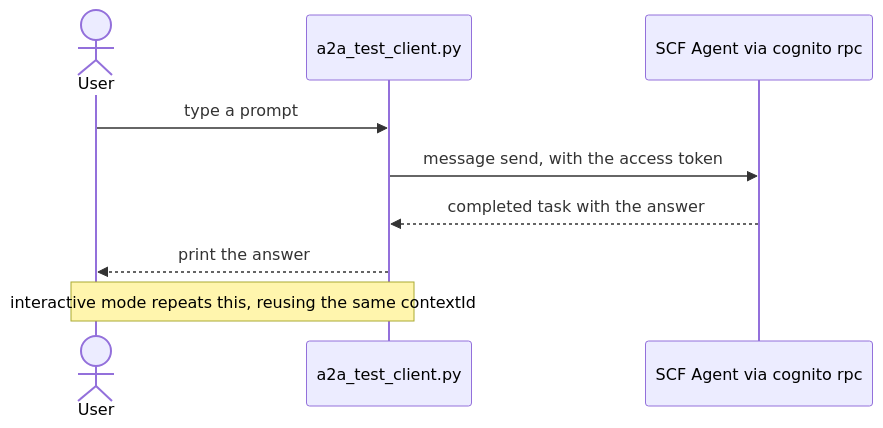
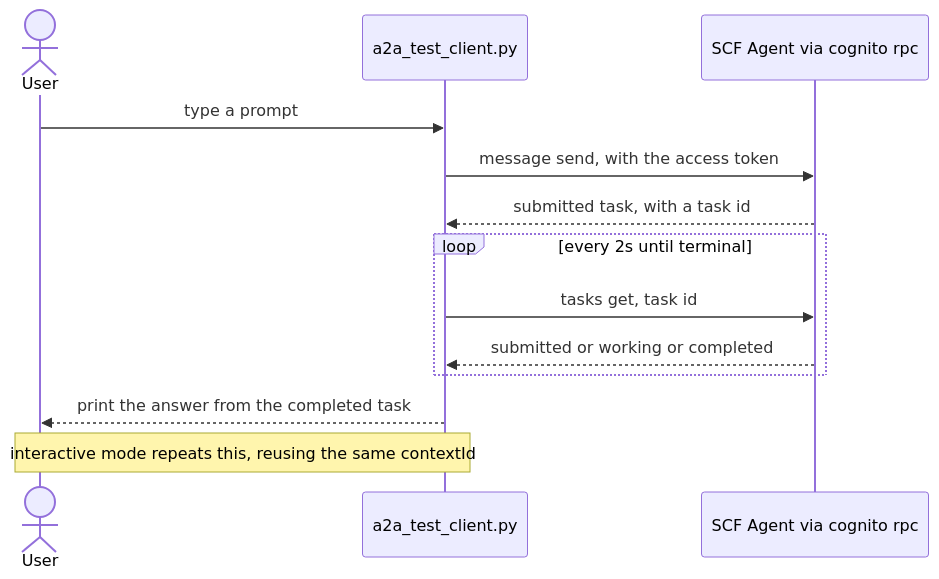
One commit to mgbec/SCF-Agent-with-A2A changed the fourth of 4 diagrams in docs/a2a-integration.md. Above: the diagram before and after it, drawn with Mermaid. The commit also changed other lines of this file and 15 other files, not shown here.

````diff
--- a/docs/a2a-integration.md
+++ b/docs/a2a-integration.md
@@ -169,12 +193,16 @@
 ```mermaid
 sequenceDiagram
     actor User
     participant CLI as a2a_test_client.py
     participant API as SCF Agent via cognito rpc
 
     User->>CLI: type a prompt
     CLI->>API: message send, with the access token
-    API-->>CLI: completed task with the answer
-    CLI-->>User: print the answer
+    API-->>CLI: submitted task, with a task id
+    loop every 2s until terminal
+        CLI->>API: tasks get, task id
+        API-->>CLI: submitted or working or completed
+    end
+    CLI-->>User: print the answer from the completed task
     Note over User,CLI: interactive mode repeats this, reusing the same contextId
 ```
````
